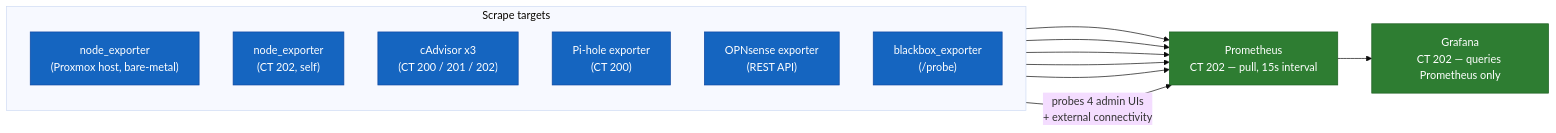
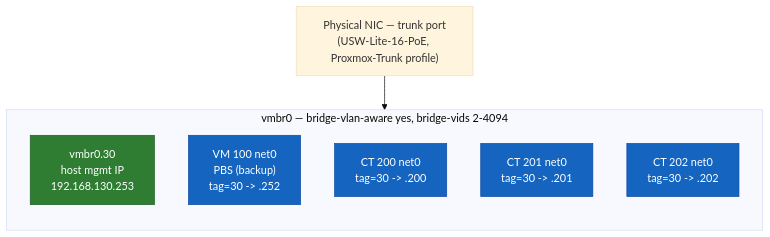
The diagram in v2/monitoring.md (francoameri/home-lab), drawn with Mermaid (base theme) before and after one commit. The commit also changed other lines of this file, not shown here.

````diff
--- a/v2/monitoring.md
+++ b/v2/monitoring.md
@@ -25,28 +55,18 @@
 ```mermaid
-flowchart LR
-    subgraph TARGETS["Scrape targets"]
+flowchart TB
+    TRUNK["Physical NIC — trunk port\n(USW-Lite-16-PoE, Proxmox-Trunk profile)"] --> BR
+
+    subgraph BR["vmbr0 — bridge-vlan-aware yes, bridge-vids 2-4094"]
         direction TB
-        NE1["node_exporter\n(Proxmox host, bare-metal)"]
-        NE2["node_exporter\n(CT 202, self)"]
-        CA["cAdvisor x3\n(CT 200 / 201 / 202)"]
-        PH["Pi-hole exporter\n(CT 200)"]
-        OP["OPNsense exporter\n(REST API)"]
-        BB["blackbox_exporter\n(/probe)"]
+        HOSTIF["vmbr0.30\nhost mgmt IP\n192.168.130.253"]
+        VM100["VM 100 net0\nPBS (backup)\ntag=30 -> .252"]
+        CT200["CT 200 net0\ntag=30 -> .200"]
+        CT201["CT 201 net0\ntag=30 -> .201"]
+        CT202["CT 202 net0\ntag=30 -> .202"]
     end
 
-    PROM["Prometheus\nCT 202 — pull, 15s interval"]
-    GRAF["Grafana\nCT 202 — queries Prometheus only"]
-
-    NE1 --> PROM
-    NE2 --> PROM
-    CA --> PROM
-    PH --> PROM
-    OP --> PROM
-    BB -->|"probes 4 admin UIs\n+ external connectivity"| PROM
-    PROM --> GRAF
-
-    classDef target fill:#1565c0,stroke:#0d47a1,color:#fff
-    classDef core fill:#2e7d32,stroke:#1b5e20,color:#fff
-    class NE1,NE2,CA,PH,OP,BB target
-    class PROM,GRAF core
+    classDef host fill:#2e7d32,stroke:#1b5e20,color:#fff
+    classDef guest fill:#1565c0,stroke:#0d47a1,color:#fff
+    class HOSTIF host
+    class VM100,CT200,CT201,CT202 guest
 ```
````
